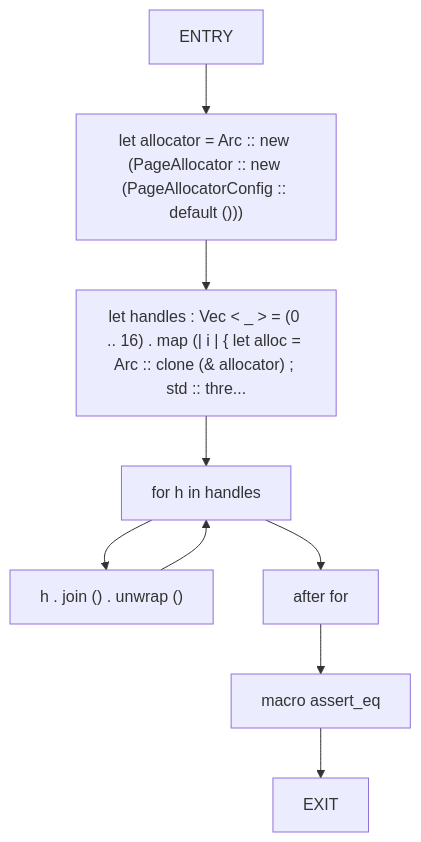
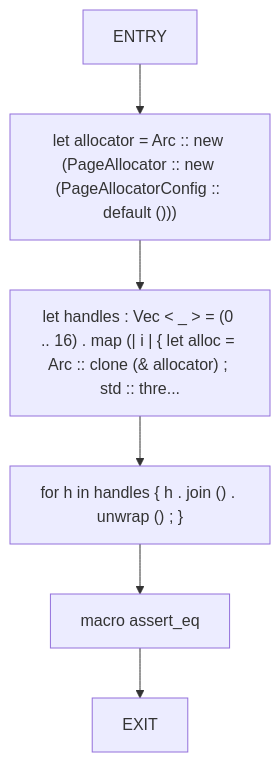
Before and after one commit to cicero-violate/MMSB: diagram 49 of 52 in docs/analysis/cfg/100-tests.md, drawn with Mermaid. The commit also changed other lines of this file and 865 other files, not shown here.

````diff
--- a/docs/analysis/cfg/100-tests.md
+++ b/docs/analysis/cfg/100-tests.md
@@ -1473,19 +1270,14 @@
 ```mermaid
 flowchart TD
     test_thread_safe_allocator_0["ENTRY"]
     test_thread_safe_allocator_1["let allocator = Arc :: new (PageAllocator :: new (PageAllocatorConfig :: default ()))"]
     test_thread_safe_allocator_2["let handles : Vec < _ > = (0 .. 16) . map (| i | { let alloc = Arc :: clone (& allocator) ; std :: thre..."]
-    test_thread_safe_allocator_3["for h in handles"]
-    test_thread_safe_allocator_4["h . join () . unwrap ()"]
-    test_thread_safe_allocator_5["after for"]
-    test_thread_safe_allocator_6["macro assert_eq"]
-    test_thread_safe_allocator_7["EXIT"]
+    test_thread_safe_allocator_3["for h in handles { h . join () . unwrap () ; }"]
+    test_thread_safe_allocator_4["macro assert_eq"]
+    test_thread_safe_allocator_5["EXIT"]
     test_thread_safe_allocator_0 --> test_thread_safe_allocator_1
     test_thread_safe_allocator_1 --> test_thread_safe_allocator_2
     test_thread_safe_allocator_2 --> test_thread_safe_allocator_3
     test_thread_safe_allocator_3 --> test_thread_safe_allocator_4
-    test_thread_safe_allocator_4 --> test_thread_safe_allocator_3
-    test_thread_safe_allocator_3 --> test_thread_safe_allocator_5
-    test_thread_safe_allocator_5 --> test_thread_safe_allocator_6
-    test_thread_safe_allocator_6 --> test_thread_safe_allocator_7
+    test_thread_safe_allocator_4 --> test_thread_safe_allocator_5
 ```
````
